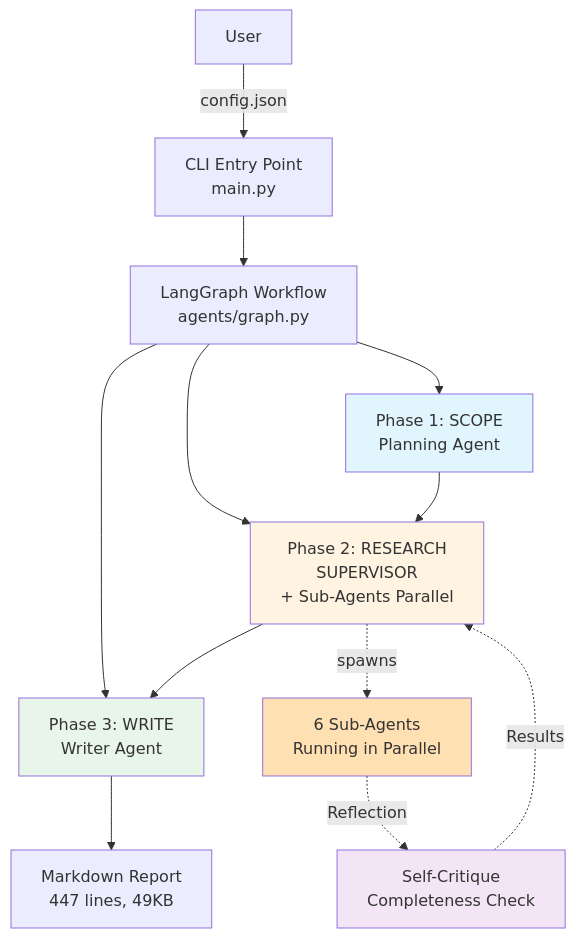
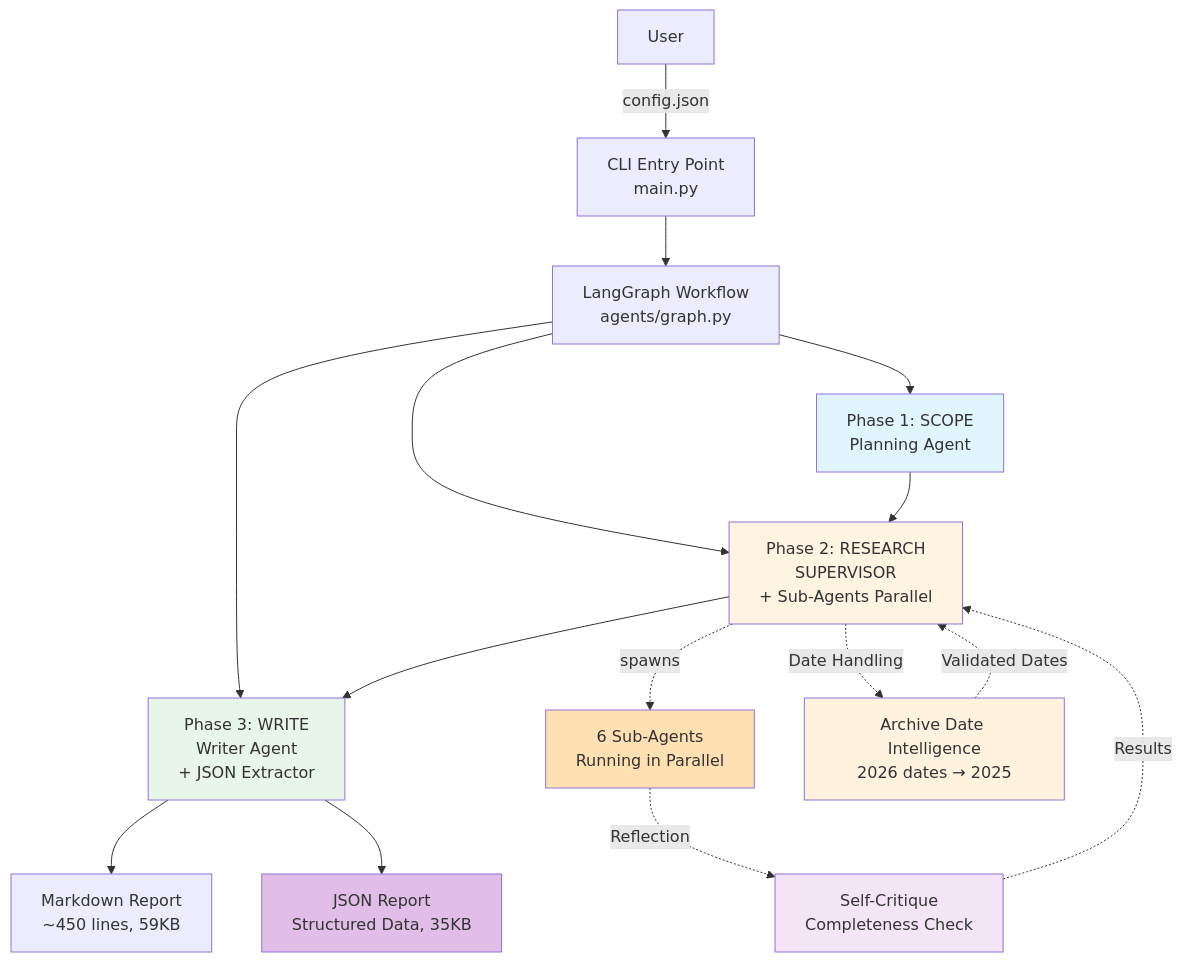
The first of 5 diagrams in SYSTEM_ARCHITECTURE.md (dvm81/deep), drawn with Mermaid before and after one commit. The commit also changed other lines of this file and 1 other file, not shown here.

````diff
--- a/SYSTEM_ARCHITECTURE.md
+++ b/SYSTEM_ARCHITECTURE.md
@@ -14,23 +18,29 @@
 ```mermaid
 graph TB
     User[User] -->|config.json| CLI[CLI Entry Point<br/>main.py]
     CLI --> Graph[LangGraph Workflow<br/>agents/graph.py]
 
     Graph --> Phase1[Phase 1: SCOPE<br/>Planning Agent]
     Graph --> Phase2[Phase 2: RESEARCH<br/>SUPERVISOR<br/>+ Sub-Agents Parallel]
-    Graph --> Phase3[Phase 3: WRITE<br/>Writer Agent]
+    Graph --> Phase3[Phase 3: WRITE<br/>Writer Agent<br/>+ JSON Extractor]
 
     Phase1 --> Phase2
     Phase2 --> Phase3
-    Phase3 --> Output[Markdown Report<br/>447 lines, 49KB]
+    Phase3 --> OutputMD[Markdown Report<br/>~450 lines, 59KB]
+    Phase3 --> OutputJSON[JSON Report<br/>Structured Data, 35KB]
 
     Phase2 -.->|spawns| SubAgents[6 Sub-Agents<br/>Running in Parallel]
     SubAgents -.->|Reflection| SelfCritique[Self-Critique<br/>Completeness Check]
     SelfCritique -.->|Results| Phase2
+
+    Phase2 -.->|Date Handling| DateLogic[Archive Date Intelligence<br/>2026 dates → 2025]
+    DateLogic -.->|Validated Dates| Phase2
 
     style Phase1 fill:#e1f5ff
     style Phase2 fill:#fff4e1
     style Phase3 fill:#e8f5e9
     style SubAgents fill:#ffe0b2
     style SelfCritique fill:#f3e5f5
+    style DateLogic fill:#fff3e0
+    style OutputJSON fill:#e1bee7
 ```
````
